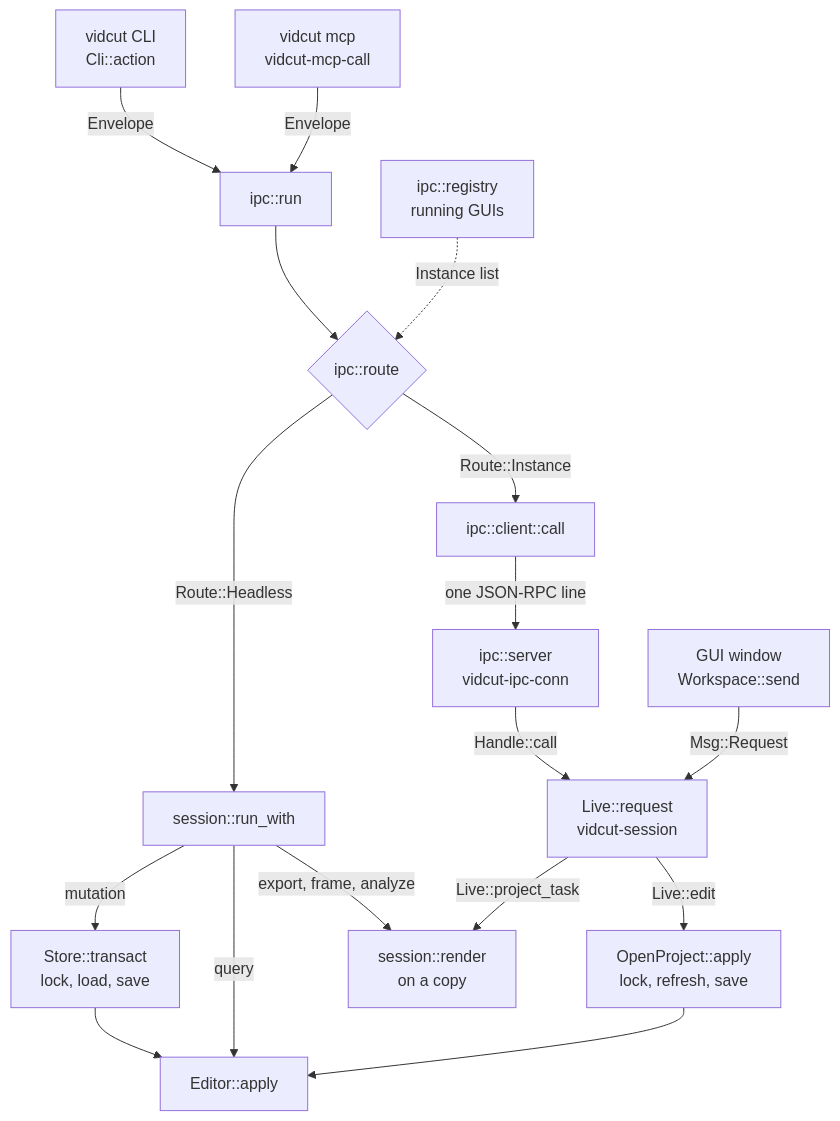
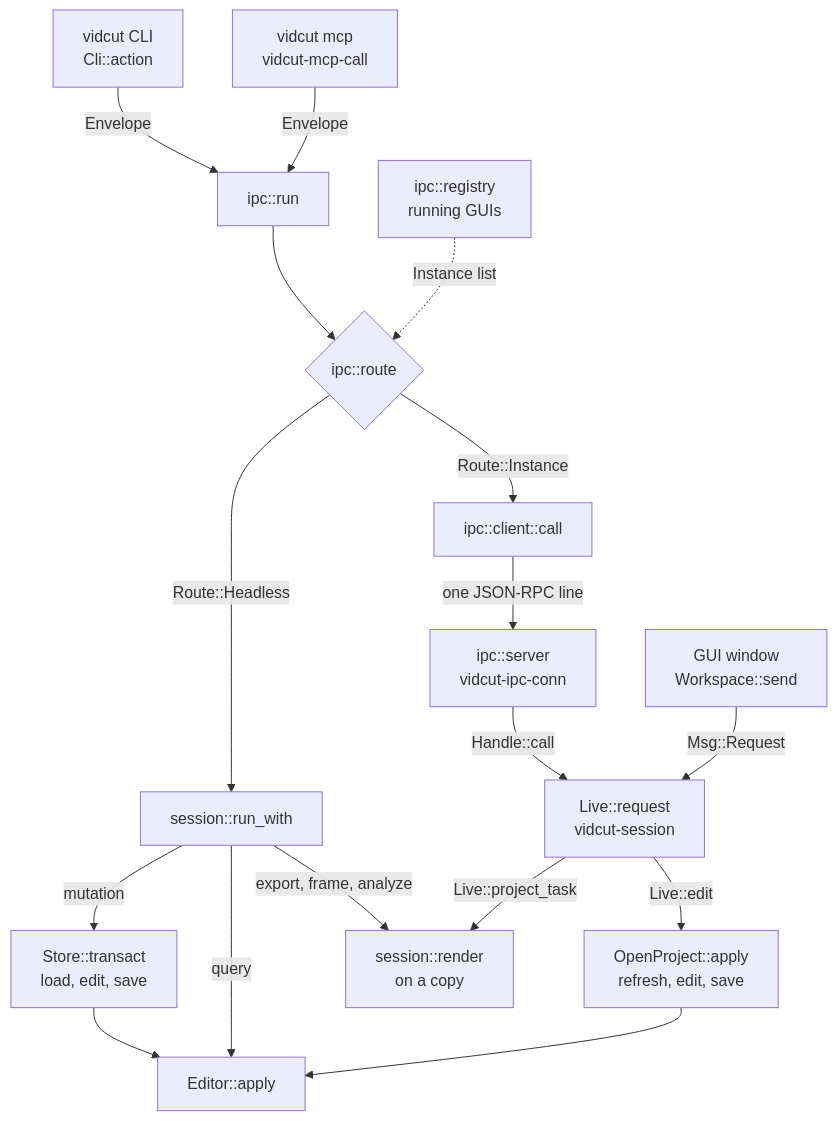
Before and after one commit to oittaa/vidcut: the first of 2 diagrams in docs/design/requests.md, drawn with Mermaid. The commit also changed other lines of this file and 6 other files, not shown here.

Commit message:
Docs: document SQLite project store and integrated undo history

````diff
--- a/docs/design/requests.md
+++ b/docs/design/requests.md
@@ -7,19 +7,19 @@
 ```mermaid
 flowchart TD
   cli["vidcut CLI<br>Cli::action"] -- "Envelope" --> run["ipc::run"]
   mcp["vidcut mcp<br>vidcut-mcp-call"] -- "Envelope" --> run
   run --> route{"ipc::route"}
   reg["ipc::registry<br>running GUIs"] -. "Instance list" .-> route
   route -- "Route::Headless" --> headless["session::run_with"]
   route -- "Route::Instance" --> client["ipc::client::call"]
   client -- "one JSON-RPC line" --> server["ipc::server<br>vidcut-ipc-conn"]
   server -- "Handle::call" --> core["Live::request<br>vidcut-session"]
   gui["GUI window<br>Workspace::send"] -- "Msg::Request" --> core
-  headless -- "mutation" --> transact["Store::transact<br>lock, load, save"]
-  core -- "Live::edit" --> open["OpenProject::apply<br>lock, refresh, save"]
+  headless -- "mutation" --> transact["Store::transact<br>load, edit, save"]
+  core -- "Live::edit" --> open["OpenProject::apply<br>refresh, edit, save"]
   transact --> editor["Editor::apply"]
   headless -- "query" --> editor
   open --> editor
   headless -- "export, frame, analyze" --> render["session::render<br>on a copy"]
   core -- "Live::project_task" --> render
 ```
````
